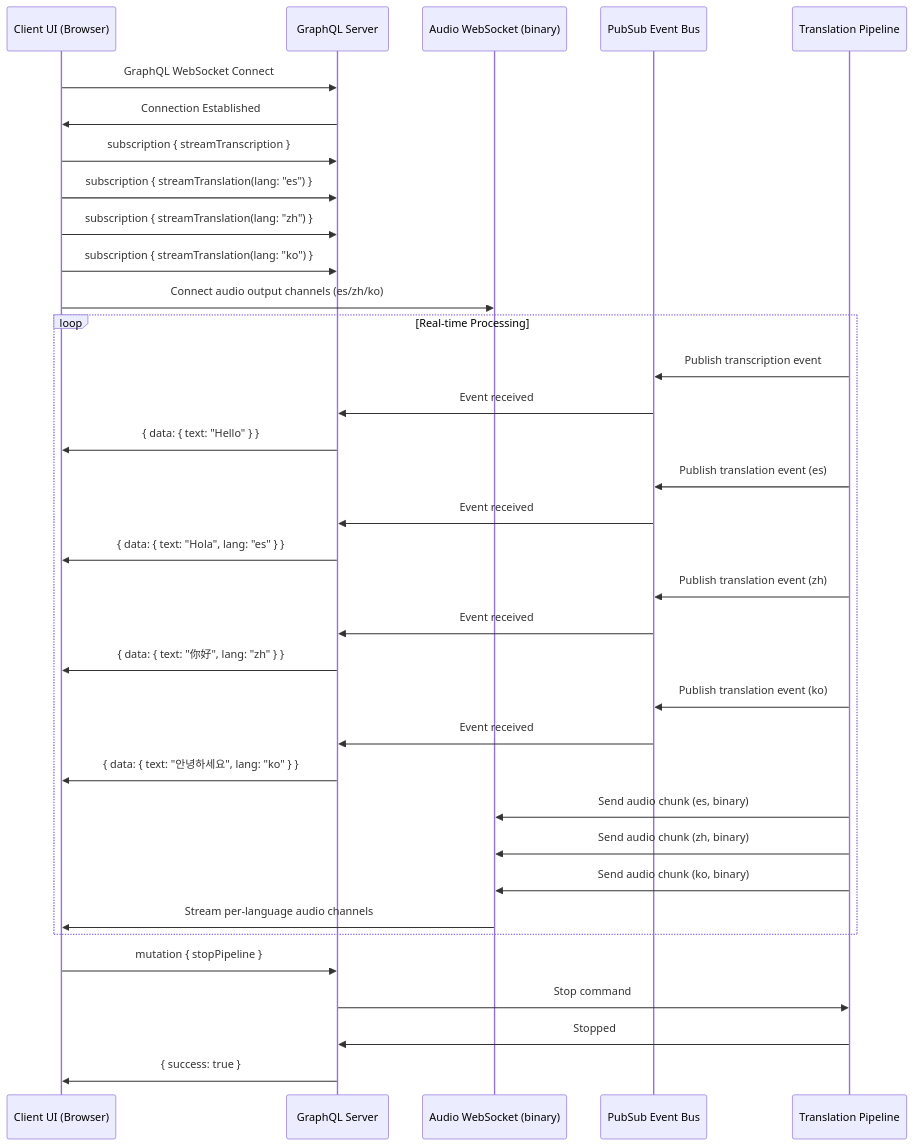
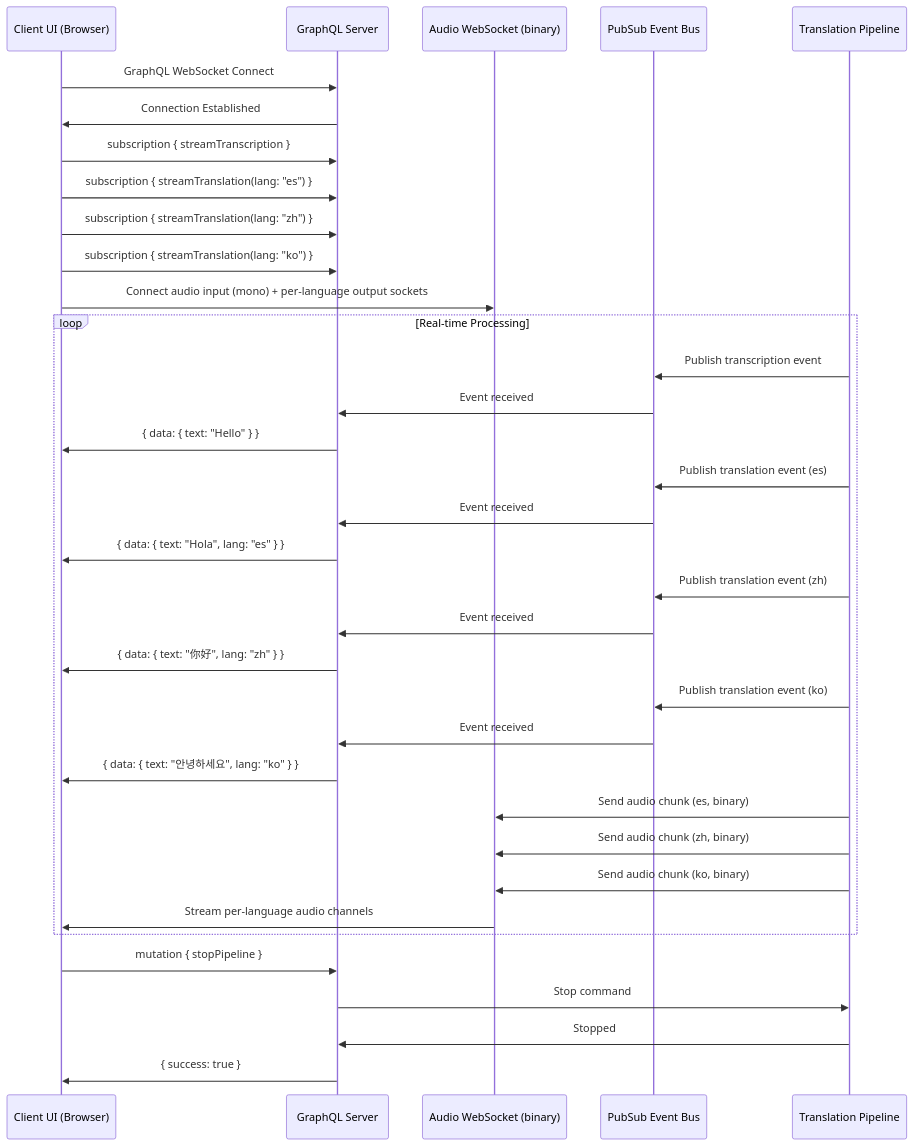
Before and after one commit to naturally-translate/voice-bridge: the eighth of 18 diagrams in plans/project-plan.md, drawn with Mermaid. The commit also changed other lines of this file, not shown here.

````diff
--- a/plans/project-plan.md
+++ b/plans/project-plan.md
@@ -515,45 +513,45 @@
 ```mermaid
 sequenceDiagram
     participant Client as Client UI (Browser)
     participant Server as GraphQL Server
     participant AudioWS as Audio WebSocket (binary)
     participant PubSub as PubSub Event Bus
     participant Pipeline as Translation Pipeline
 
     Client->>Server: GraphQL WebSocket Connect
     Server->>Client: Connection Established
 
     Client->>Server: subscription { streamTranscription }
     Client->>Server: subscription { streamTranslation(lang: "es") }
     Client->>Server: subscription { streamTranslation(lang: "zh") }
     Client->>Server: subscription { streamTranslation(lang: "ko") }
-    Client->>AudioWS: Connect audio output channels (es/zh/ko)
+    Client->>AudioWS: Connect audio input (mono) + per-language output sockets
 
     loop Real-time Processing
         Pipeline->>PubSub: Publish transcription event
         PubSub->>Server: Event received
         Server->>Client: { data: { text: "Hello" } }
 
         Pipeline->>PubSub: Publish translation event (es)
         PubSub->>Server: Event received
         Server->>Client: { data: { text: "Hola", lang: "es" } }
 
         Pipeline->>PubSub: Publish translation event (zh)
         PubSub->>Server: Event received
         Server->>Client: { data: { text: "你好", lang: "zh" } }
 
         Pipeline->>PubSub: Publish translation event (ko)
         PubSub->>Server: Event received
         Server->>Client: { data: { text: "안녕하세요", lang: "ko" } }
 
         Pipeline->>AudioWS: Send audio chunk (es, binary)
         Pipeline->>AudioWS: Send audio chunk (zh, binary)
         Pipeline->>AudioWS: Send audio chunk (ko, binary)
         AudioWS->>Client: Stream per-language audio channels
     end
 
     Client->>Server: mutation { stopPipeline }
     Server->>Pipeline: Stop command
     Pipeline->>Server: Stopped
     Server->>Client: { success: true }
 ```
````
